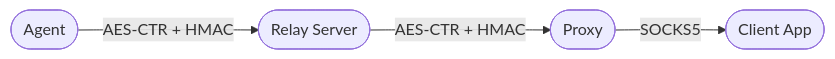
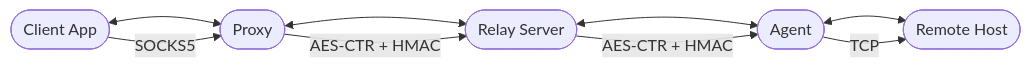
Before and after one commit to lonepie/reverse-soxy: the second of 2 diagrams in README.md, drawn with Mermaid. The commit also changed other lines of this file, not shown here.

Commit message:
updated diagram

````diff
--- a/README.md
+++ b/README.md
@@ -92,6 +94,8 @@
 ```mermaid
 flowchart LR
-    Agent([Agent]) -- "AES-CTR + HMAC" --> Relay([Relay Server])
-    Relay -- "AES-CTR + HMAC" --> Proxy([Proxy])
-    Proxy -- "SOCKS5" --> Client([Client App])
+    Client([Client App]) <--> Proxy([Proxy]) <--> Relay([Relay Server]) <--> Agent([Agent]) <--> Remote([Remote Host])
+    Client -- "SOCKS5" --> Proxy
+    Proxy -- "AES-CTR + HMAC" --> Relay
+    Relay -- "AES-CTR + HMAC" --> Agent
+    Agent -- "TCP" --> Remote
 ```
````
